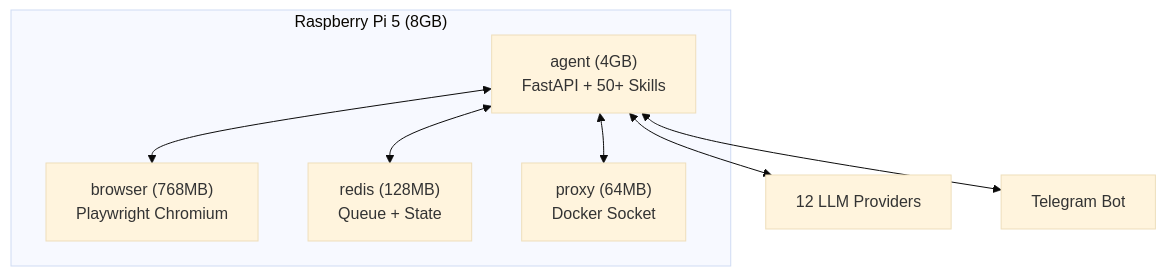
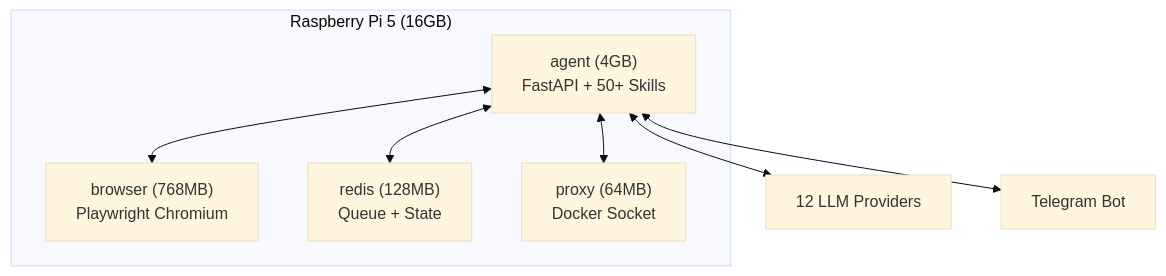
One commit to nanora-sama/zenn-content changed the diagram in articles/20260404-rpi5-autonomous-agent.md. Above: the diagram before and after it, drawn with Mermaid (base theme). The commit also changed other lines of this file and 1 other file, not shown here.

Commit message:
fix: Raspberry Pi 5 8GB→16GBに修正（全記事）

````diff
--- a/articles/20260404-rpi5-autonomous-agent.md
+++ b/articles/20260404-rpi5-autonomous-agent.md
@@ -30,14 +30,14 @@
 ```mermaid
 graph TB
-    subgraph RPi5["Raspberry Pi 5 (8GB)"]
+    subgraph RPi5["Raspberry Pi 5 (16GB)"]
         agent["agent (4GB)<br/>FastAPI + 50+ Skills"]
         browser["browser (768MB)<br/>Playwright Chromium"]
         redis["redis (128MB)<br/>Queue + State"]
         proxy["proxy (64MB)<br/>Docker Socket"]
         agent <--> redis
         agent <--> browser
         agent <--> proxy
     end
     agent <--> LLM["12 LLM Providers"]
     agent <--> TG["Telegram Bot"]
 ```
````
